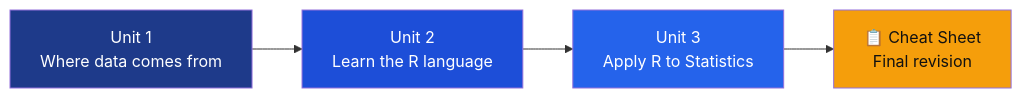
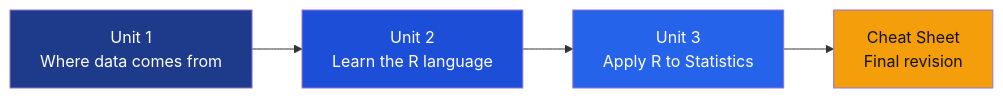
The diagram in README.md (NishantDas0079/R-Programming-in-Statistics), drawn with Mermaid before and after one commit. The commit also changed other lines of this file, not shown here.

Commit message:
Update cheat sheet label in flowchart

````diff
--- a/README.md
+++ b/README.md
@@ -30,11 +30,11 @@
 ```mermaid
 flowchart LR
     A[Unit 1<br/>Where data comes from] --> B[Unit 2<br/>Learn the R language]
     B --> C[Unit 3<br/>Apply R to Statistics]
-    C --> D[📋 Cheat Sheet<br/>Final revision]
+    C --> D[Cheat Sheet<br/>Final revision]
 
     style A fill:#1e3a8a,color:#fff
     style B fill:#1d4ed8,color:#fff
     style C fill:#2563eb,color:#fff
     style D fill:#f59e0b,color:#111
 ```
````
